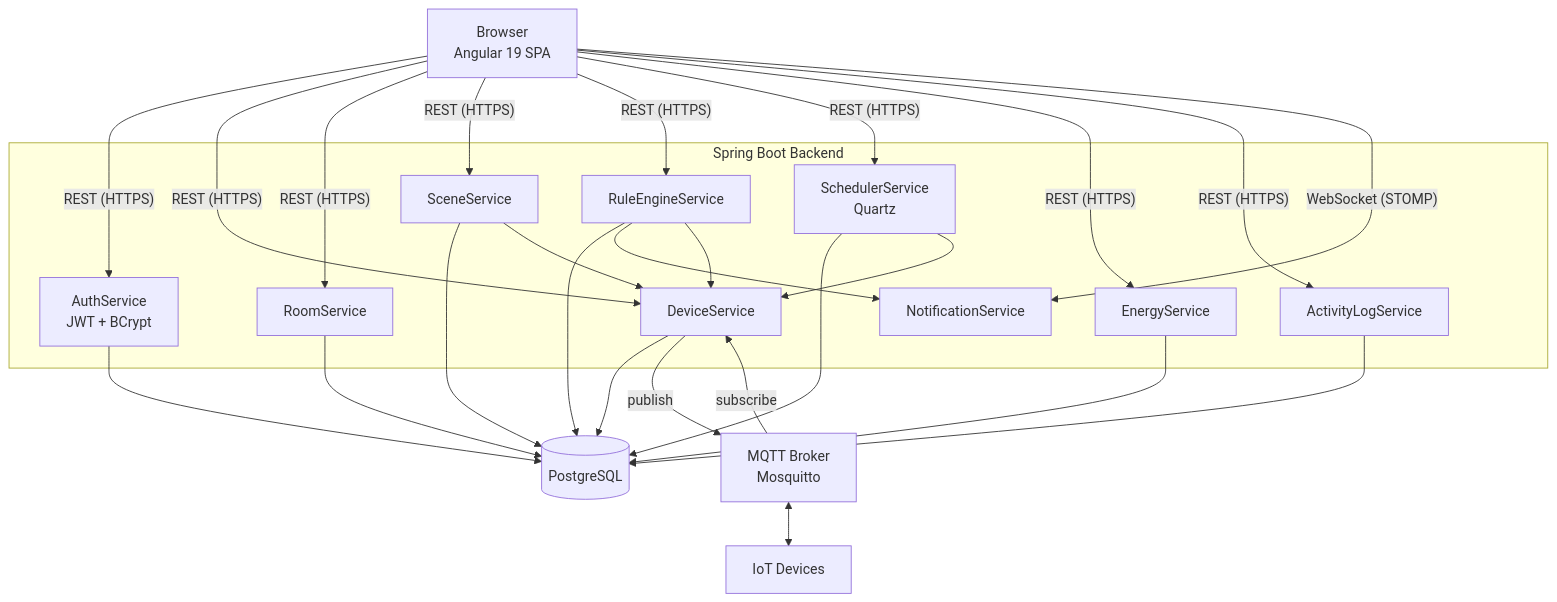
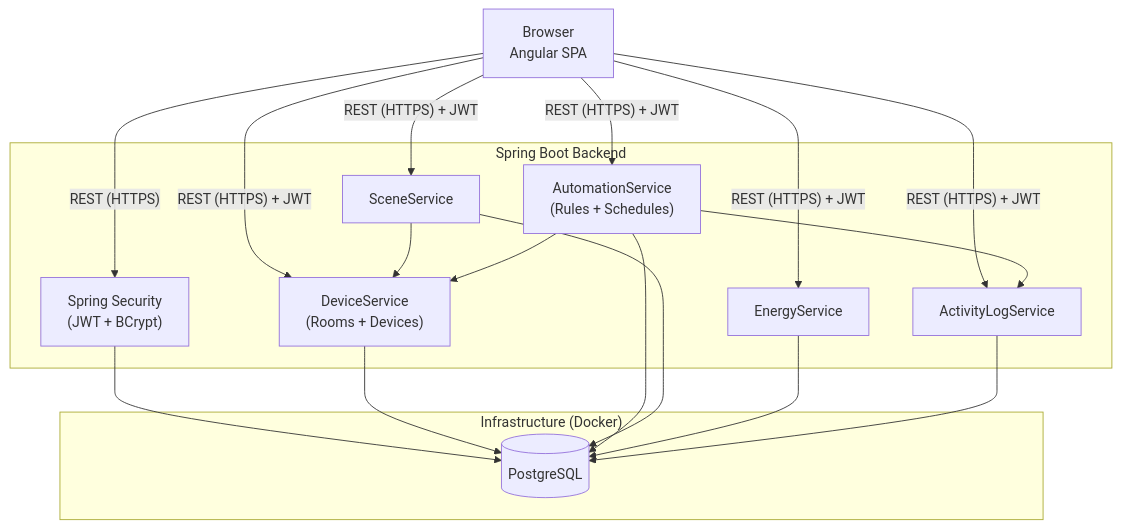
The first of 2 diagrams in ARCHITECTURE_UML.md (jku-win-se/teaching-2026.ss.prse.braeuer.team3), drawn with Mermaid before and after one commit. The commit also changed other lines of this file and 8 other files, not shown here.

````diff
--- a/ARCHITECTURE_UML.md
+++ b/ARCHITECTURE_UML.md
@@ -3,48 +5,35 @@
 ```mermaid
 graph TD
-    Browser["Browser\nAngular 19 SPA"]
+    Browser["Browser\nAngular SPA"]
 
     subgraph Backend["Spring Boot Backend"]
-        Auth["AuthService\nJWT + BCrypt"]
-        DevSvc["DeviceService"]
-        RoomSvc["RoomService"]
+        Auth["Spring Security\n(JWT + BCrypt)"]
+        DevSvc["DeviceService\n(Rooms + Devices)"]
+        AutoSvc["AutomationService\n(Rules + Schedules)"]
         SceneSvc["SceneService"]
-        RuleEng["RuleEngineService"]
-        SchedSvc["SchedulerService\nQuartz"]
         EnergySvc["EnergyService"]
         LogSvc["ActivityLogService"]
-        NotifSvc["NotificationService"]
     end
 
-    DB[("PostgreSQL")]
-    MQTT["MQTT Broker\nMosquitto"]
-    IoT["IoT Devices"]
+    subgraph Infrastructure["Infrastructure (Docker)"]
+        DB[("PostgreSQL")]
+    end
 
     Browser -- "REST (HTTPS)" --> Auth
-    Browser -- "REST (HTTPS)" --> DevSvc
-    Browser -- "REST (HTTPS)" --> RoomSvc
-    Browser -- "REST (HTTPS)" --> SceneSvc
-    Browser -- "REST (HTTPS)" --> RuleEng
-    Browser -- "REST (HTTPS)" --> SchedSvc
-    Browser -- "REST (HTTPS)" --> EnergySvc
-    Browser -- "REST (HTTPS)" --> LogSvc
-    Browser -- "WebSocket (STOMP)" --> NotifSvc
+    Browser -- "REST (HTTPS) + JWT" --> DevSvc
+    Browser -- "REST (HTTPS) + JWT" --> AutoSvc
+    Browser -- "REST (HTTPS) + JWT" --> SceneSvc
+    Browser -- "REST (HTTPS) + JWT" --> EnergySvc
+    Browser -- "REST (HTTPS) + JWT" --> LogSvc
 
     Auth --> DB
     DevSvc --> DB
-    RoomSvc --> DB
+    AutoSvc --> DB
     SceneSvc --> DB
-    RuleEng --> DB
-    SchedSvc --> DB
     EnergySvc --> DB
     LogSvc --> DB
 
-    RuleEng --> NotifSvc
-    RuleEng --> DevSvc
+    AutoSvc --> LogSvc
     SceneSvc --> DevSvc
-    SchedSvc --> DevSvc
-
-    DevSvc -- "publish" --> MQTT
-    MQTT -- "subscribe" --> DevSvc
-    MQTT <--> IoT
+    AutoSvc --> DevSvc
 ```
````
